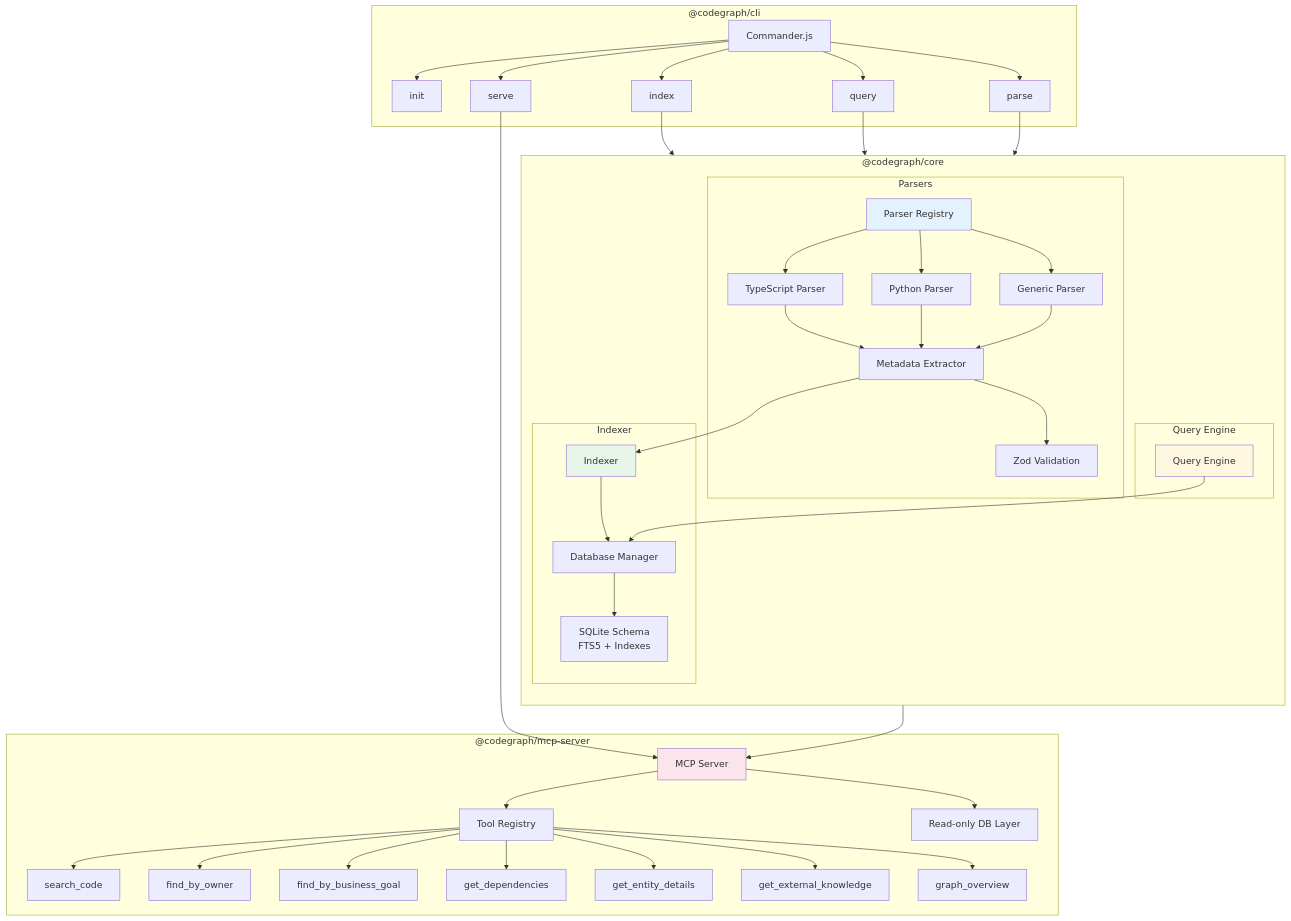
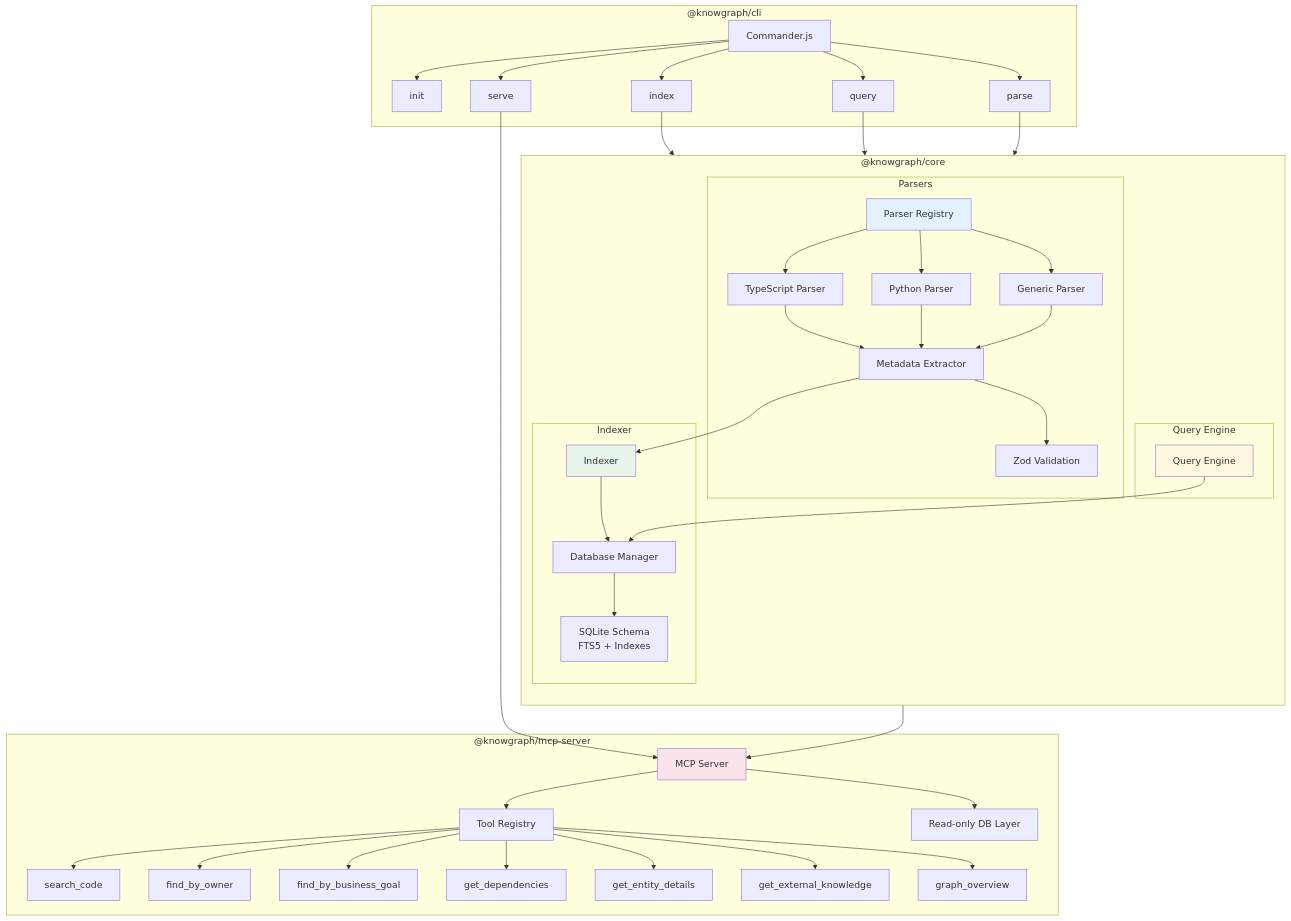
The third of 12 diagrams in docs/README.md (idosams/know-know), drawn with Mermaid before and after one commit. The commit also changed other lines of this file and 107 other files, not shown here.

First line of the commit message:
refactor: rename codegraph to knowgraph across entire project (#8)

````diff
--- a/docs/README.md
+++ b/docs/README.md
@@ -110,56 +110,56 @@
 ```mermaid
 graph TB
-    subgraph "@codegraph/core"
+    subgraph "@knowgraph/core"
         direction TB
         subgraph "Parsers"
             PR[Parser Registry] --> TP[TypeScript Parser]
             PR --> PP[Python Parser]
             PR --> GP[Generic Parser]
             TP --> ME[Metadata Extractor]
             PP --> ME
             GP --> ME
             ME --> ZV[Zod Validation]
         end
 
         subgraph "Indexer"
             IX[Indexer] --> DB[Database Manager]
             DB --> SC[SQLite Schema<br/>FTS5 + Indexes]
         end
 
         subgraph "Query Engine"
             QE[Query Engine] --> DB
         end
     end
 
-    subgraph "@codegraph/mcp-server"
+    subgraph "@knowgraph/mcp-server"
         SRV[MCP Server] --> TL[Tool Registry]
         TL --> T1[search_code]
         TL --> T2[find_by_owner]
         TL --> T3[find_by_business_goal]
         TL --> T4[get_dependencies]
         TL --> T5[get_entity_details]
         TL --> T6[get_external_knowledge]
         TL --> T7[graph_overview]
         SRV --> MDB[Read-only DB Layer]
     end
 
-    subgraph "@codegraph/cli"
+    subgraph "@knowgraph/cli"
         CMD[Commander.js] --> C1[init]
         CMD --> C2[parse]
         CMD --> C3[index]
         CMD --> C4[query]
         CMD --> C5[serve]
     end
 
     ME --> IX
     QE --> SRV
     C3 --> IX
     C4 --> QE
     C5 --> SRV
     C2 --> PR
 
     style PR fill:#e3f2fd
     style IX fill:#e8f5e9
     style QE fill:#fff8e1
     style SRV fill:#fce4ec
 ```
````
